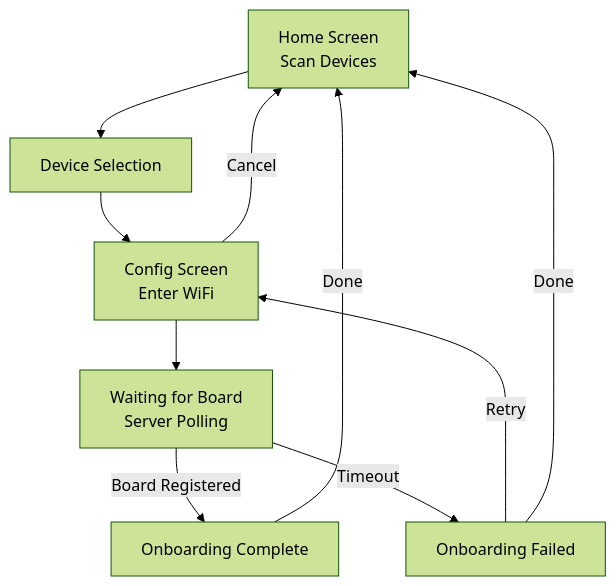
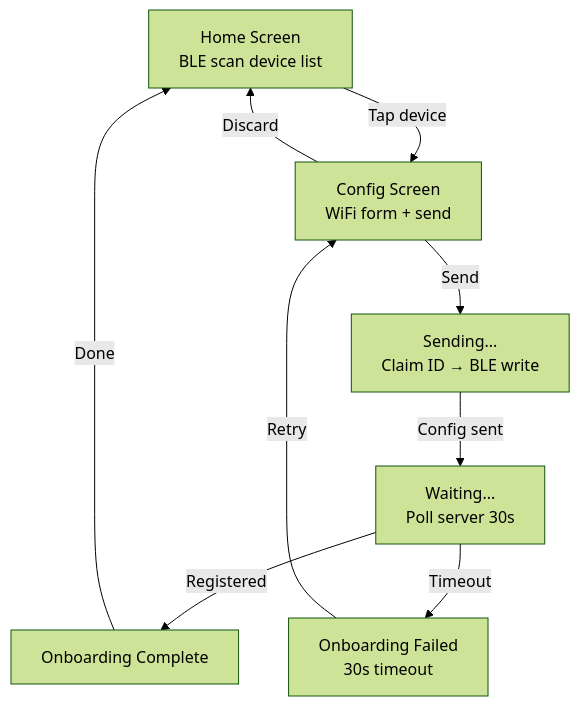
One commit to hyunu/nexio changed the second of 2 diagrams in apps/mobile/design.md. Above: the diagram before and after it, drawn with Mermaid (forest theme). The commit also changed other lines of this file, not shown here.

Commit message:
docs(mobile): sync design.md with mobile code (BLE scan, storage, server polling)

````diff
--- a/apps/mobile/design.md
+++ b/apps/mobile/design.md
@@ -31,13 +37,11 @@
 ```mermaid
 graph TD
-    HOME[Home Screen<br/>Scan Devices] --> SELECT[Device Selection]
-    SELECT --> CONFIG[Config Screen<br/>Enter WiFi]
-    CONFIG --> WAITING[Waiting for Board<br/>Server Polling]
-    WAITING -->|Board Registered| SUCCESS[Onboarding Complete]
-    WAITING -->|Timeout| FAIL[Onboarding Failed]
-
-    CONFIG -->|Cancel| HOME
-    SUCCESS -->|Done| HOME
-    FAIL -->|Retry| CONFIG
-    FAIL -->|Done| HOME
+    HOME["Home Screen<br/>BLE scan device list"] -->|Tap device| CONFIG["Config Screen<br/>WiFi form + send"]
+    CONFIG -->|Send| SENDING["Sending...<br/>Claim ID → BLE write"]
+    SENDING -->|Config sent| WAITING["Waiting...<br/>Poll server 30s"]
+    WAITING -->|Registered| DONE["Onboarding Complete"]
+    WAITING -->|Timeout| FAILED["Onboarding Failed<br/>30s timeout"]
+    FAILED -->|Retry| CONFIG
+    CONFIG -->|Discard| HOME
+    DONE -->|Done| HOME
 ```
````
